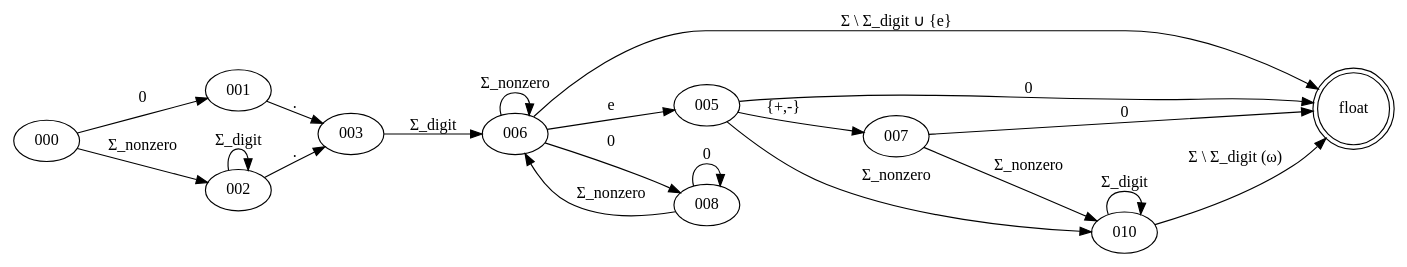
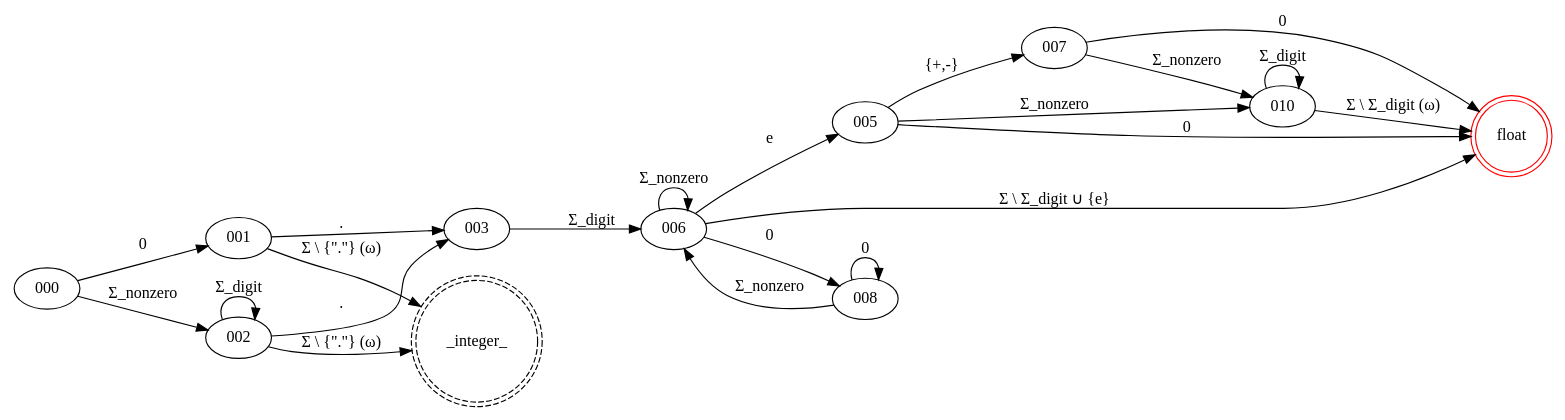
One commit to yum-feng/comp6421-compiler-design changed the fourth of 7 diagrams in document.org. Above: the diagram before and after it, drawn with Graphviz. The commit also changed other lines of this file, not shown here.

Commit message:
finish graph, but still need to add disclaimers

```diff
--- a/document.org
+++ b/document.org
@@ -317,37 +331,41 @@
    #+begin_src dot file :file dfa-float.png
-     digraph {
-       rankdir="LR"
-    
-       float [shape="doublecircle"];
-       // (copy paste)
-       // fraction ::== .(0|1|2|3|4|5|6|7|8|9)*(1|2|3|4|5|6|7|8|9)|.0
-    
-    
-       // lexical specification
-       // float ::=  Σ_integer Σ_fraction [e[+|−] Σ_integer]
-    
-       // lexical specification rewritten in sub-atomic elements
-       // float ::= (Σ_nonzero Σ_digit* | 0) (. Σ_digit* Σ_nonzero | .0) [e[+|−] Σ_integer]
-    
-       // lexical specification rewritten in single character
-       // float ::= (nd*|0)(.d*n|.0)(e(p|m)?(nd*|0))? (Σ_nonzero -> n, Σ_digit -> n,  + -> p, - -> m)
-    
-       // lexical specification rewritten in literal single character
-       // float ::= ((1|2|3|4|5|6|7|8|9)(0|1|2|3|4|5|6|7|8|9)*|0)(.(0|1|2|3|4|5|6|7|8|9)*(1|2|3|4|5|6|7|8|9)|.0)(e(p|m)?((1|2|3|4|5|6|7|8|9)(0|1|2|3|4|5|6|7|8|9)*|0))?
-    
-       000 -> 001 [label = "0"];                                         001 -> 003 [label = "."];                                 
-       /*                                                                                                                                                                                                        */ 007 -> float [label = "0"];
-       /*                                                                                                                                                                                                        */ 007 -> 010 [label = "Σ_nonzero"]; 010 -> float [label = "Σ \\ Σ_digit (ω)"];
-       /*                                                                                                                                                                                                                                          */ 010 -> 010 [label = "Σ_digit"];
-       /*                                                                                                                                                                      */ 005 -> float [label = "0"];
-       /*                                                                                                                                                                      */ 005 -> 007 [label = "{+,-}"];
-       /*                                                                                                                                                                      */ 005 -> 010 [label = "Σ_nonzero"];
-       000 -> 002 [label = "Σ_nonzero"];                                 002 -> 003 [label = "."]; 003 -> 006 [label = "Σ_digit"];
-       /*                             */ 002 -> 002 [label = "Σ_digit"];
-       /*                                                                                                                       */ 006 -> float [label = "Σ \\ Σ_digit ∪ {e}"];
-       /*                                                                                                                       */ 006 -> 005 [label = "e"];
-       /*                                                                                                                       */ 006 -> 006 [label = "Σ_nonzero"];
-       /*                                                                                                                       */ 006 -> 008 [label = "0"];                      008 -> 008 [label = "0"];
-       /*                                                                                                                                                                      */ 008 -> 006 [label = "Σ_nonzero"]; 
-     }
+          digraph {
+            rankdir="LR"
+          
+            float [shape="doublecircle",color=red];
+            "_integer_" [shape="doublecircle",style="dashed"];
+          
+            // (verbatim from the section *Lexical Specifications*)
+            // fraction ::== .(0|1|2|3|4|5|6|7|8|9)*(1|2|3|4|5|6|7|8|9)|.0
+          
+            // lexical specification
+            // float ::=  Σ_integer Σ_fraction [e[+|−] Σ_integer]
+          
+            // lexical specification rewritten in sub-atomic elements
+            // float ::= (Σ_nonzero Σ_digit* | 0) (. Σ_digit* Σ_nonzero | .0) [e[+|−] Σ_integer]
+          
+            // lexical specification rewritten in single character
+            // float ::= (nd*|0)(.d*n|.0)(e(p|m)?(nd*|0))? (Σ_nonzero -> n, Σ_digit -> n,  + -> p, - -> m)
+          
+            // lexical specification rewritten in literal single character
+            // float ::= ((1|2|3|4|5|6|7|8|9)(0|1|2|3|4|5|6|7|8|9)*|0)(.(0|1|2|3|4|5|6|7|8|9)*(1|2|3|4|5|6|7|8|9)|.0)(e(p|m)?((1|2|3|4|5|6|7|8|9)(0|1|2|3|4|5|6|7|8|9)*|0))?
+          
+          
+            /*                             */ 001 -> "_integer_" [label = "Σ \\ {\".\"} (ω)"];
+            /*                             */ 002 -> "_integer_" [label = "Σ \\ {\".\"} (ω)"];
+            000 -> 001 [label = "0"];                                         001 -> 003 [label = "."];                                 
+            /*                                                                                                                                                                                                        */ 007 -> float [label = "0"];
+            /*                                                                                                                                                                                                        */ 007 -> 010 [label = "Σ_nonzero"]; 010 -> float [label = "Σ \\ Σ_digit (ω)"];
+            /*                                                                                                                                                                                                                                          */ 010 -> 010 [label = "Σ_digit"];
+            /*                                                                                                                                                                      */ 005 -> float [label = "0"];
+            /*                                                                                                                                                                      */ 005 -> 007 [label = "{+,-}"];
+            /*                                                                                                                                                                      */ 005 -> 010 [label = "Σ_nonzero"];
+            000 -> 002 [label = "Σ_nonzero"];                                 002 -> 003 [label = "."]; 003 -> 006 [label = "Σ_digit"];
+            /*                             */ 002 -> 002 [label = "Σ_digit"];
+            /*                                                                                                                       */ 006 -> float [label = "Σ \\ Σ_digit ∪ {e}"];
+            /*                                                                                                                       */ 006 -> 005 [label = "e"];
+            /*                                                                                                                       */ 006 -> 006 [label = "Σ_nonzero"];
+            /*                                                                                                                       */ 006 -> 008 [label = "0"];                      008 -> 008 [label = "0"];
+            /*                                                                                                                                                                      */ 008 -> 006 [label = "Σ_nonzero"]; 
+          }
    #+end_src
```
